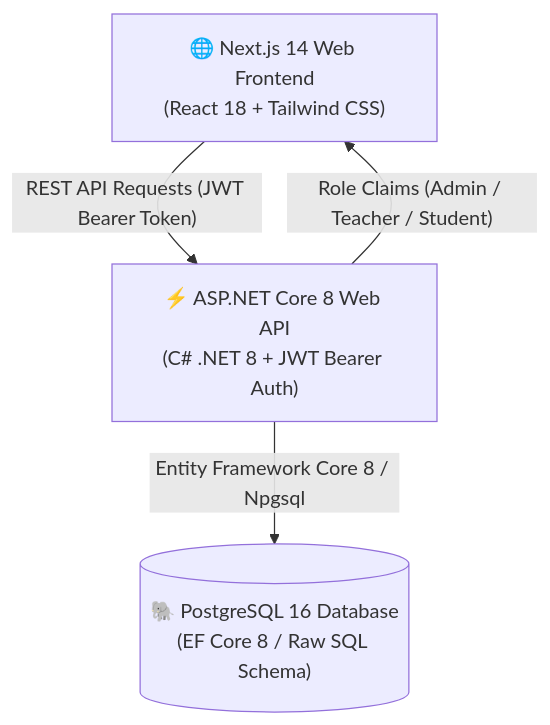
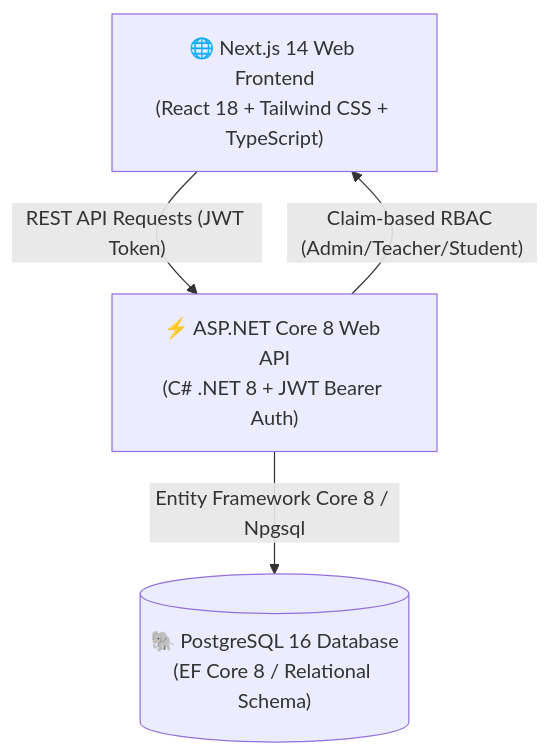
Before and after one commit to Rokibul-Islam-Robi/OnnoRokom-Projukti--EduPortal: the diagram in README.md, drawn with Mermaid. The commit also changed other lines of this file, not shown here.

````diff
--- a/README.md
+++ b/README.md
@@ -65,10 +74,10 @@
 ```mermaid
 graph TD
-    Client["🌐 Next.js 14 Web Frontend\n(React 18 + Tailwind CSS)"]
+    Client["🌐 Next.js 14 Web Frontend\n(React 18 + Tailwind CSS + TypeScript)"]
     API["⚡ ASP.NET Core 8 Web API\n(C# .NET 8 + JWT Bearer Auth)"]
-    DB[("🐘 PostgreSQL 16 Database\n(EF Core 8 / Raw SQL Schema)")]
+    DB[("🐘 PostgreSQL 16 Database\n(EF Core 8 / Relational Schema)")]
 
-    Client -->|"REST API Requests (JWT Bearer Token)"| API
+    Client -->|"REST API Requests (JWT Token)"| API
     API -->|"Entity Framework Core 8 / Npgsql"| DB
-    API -->|"Role Claims (Admin / Teacher / Student)"| Client
+    API -->|"Claim-based RBAC (Admin/Teacher/Student)"| Client
 ```
````
